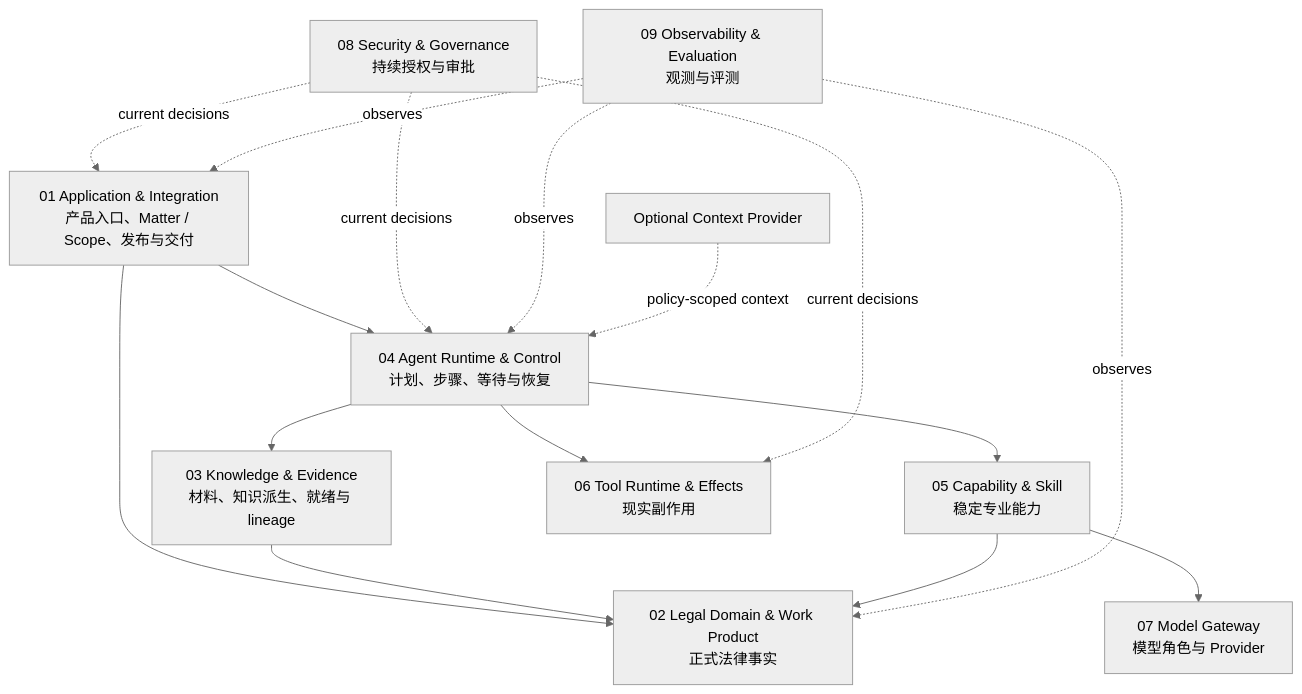
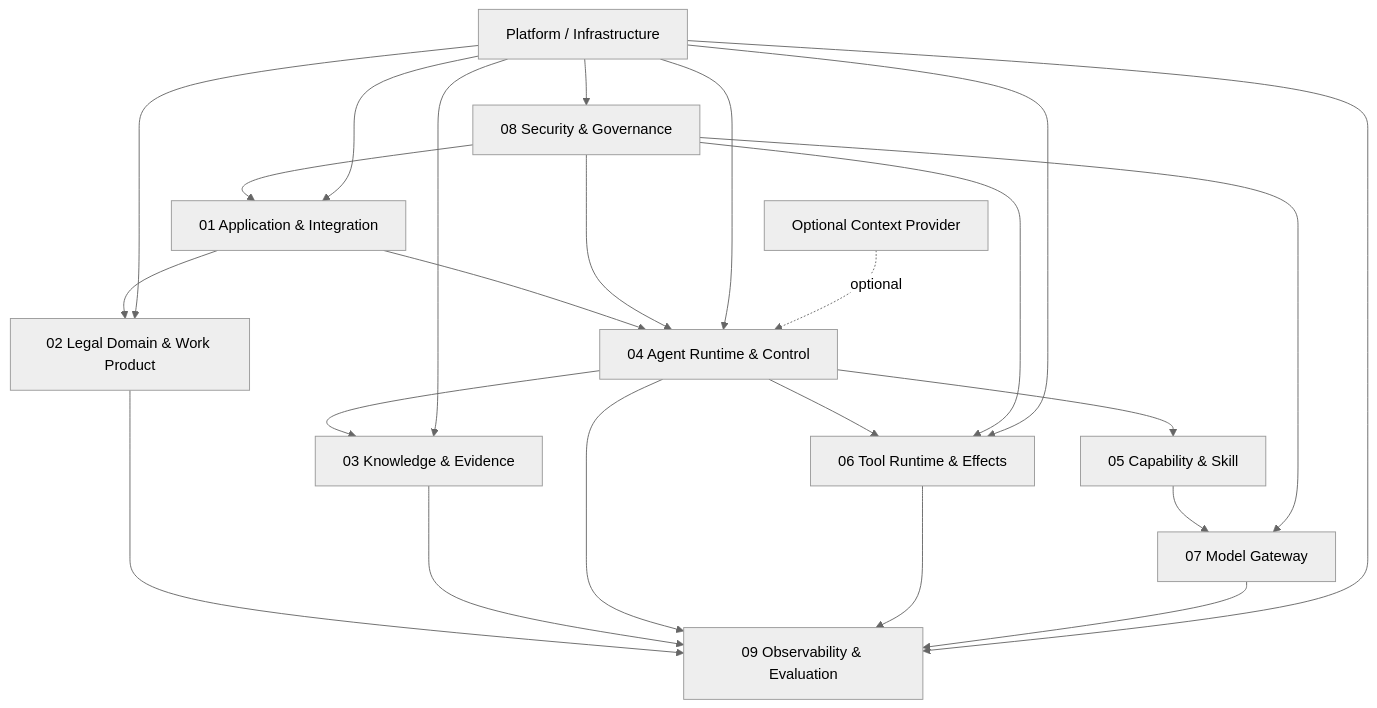
The fourth of 6 diagrams in docs/architecture/architecture-views.md (ProfessorZhi/Zuno), drawn with Mermaid (neutral theme) before and after one commit. The commit also changed other lines of this file, not shown here.

Commit message:
docs: bind architecture views to architecture.md

````diff
--- a/docs/architecture/architecture-views.md
+++ b/docs/architecture/architecture-views.md
@@ -85,29 +75,38 @@
 ```mermaid
 flowchart TB
-  APP[01 Application & Integration\n产品入口、Matter / Scope、发布与交付]
-  DOMAIN[02 Legal Domain & Work Product\n正式法律事实]
-  KNOW[03 Knowledge & Evidence\n材料、知识派生、就绪与 lineage]
-  RUN[04 Agent Runtime & Control\n计划、步骤、等待与恢复]
-  CAP[05 Capability & Skill\n稳定专业能力]
-  TOOL[06 Tool Runtime & Effects\n现实副作用]
-  MODEL[07 Model Gateway\n模型角色与 Provider]
-  SEC[08 Security & Governance\n持续授权与审批]
-  OBS[09 Observability & Evaluation\n观测与评测]
+  APP[01 Application & Integration]
+  DOM[02 Legal Domain & Work Product]
+  KNOW[03 Knowledge & Evidence]
+  RUN[04 Agent Runtime & Control]
+  CAP[05 Capability & Skill]
+  TOOL[06 Tool Runtime & Effects]
+  MODEL[07 Model Gateway]
+  SEC[08 Security & Governance]
+  OBS[09 Observability & Evaluation]
+  PLATFORM[Platform / Infrastructure]
   CONTEXT[Optional Context Provider]
 
   APP --> RUN
-  APP --> DOMAIN
+  APP --> DOM
   RUN --> KNOW
   RUN --> CAP
   CAP --> MODEL
-  KNOW --> DOMAIN
-  CAP --> DOMAIN
   RUN --> TOOL
-  SEC -. current decisions .-> APP
-  SEC -. current decisions .-> RUN
-  SEC -. current decisions .-> TOOL
-  OBS -. observes .-> APP
-  OBS -. observes .-> RUN
-  OBS -. observes .-> DOMAIN
-  CONTEXT -. policy-scoped context .-> RUN
+  SEC --> APP
+  SEC --> RUN
+  SEC --> TOOL
+  SEC --> MODEL
+  DOM --> OBS
+  KNOW --> OBS
+  RUN --> OBS
+  TOOL --> OBS
+  MODEL --> OBS
+  PLATFORM --> APP
+  PLATFORM --> DOM
+  PLATFORM --> KNOW
+  PLATFORM --> RUN
+  PLATFORM --> TOOL
+  PLATFORM --> SEC
+  PLATFORM --> OBS
+  CONTEXT -. optional .-> RUN
 ```
````
